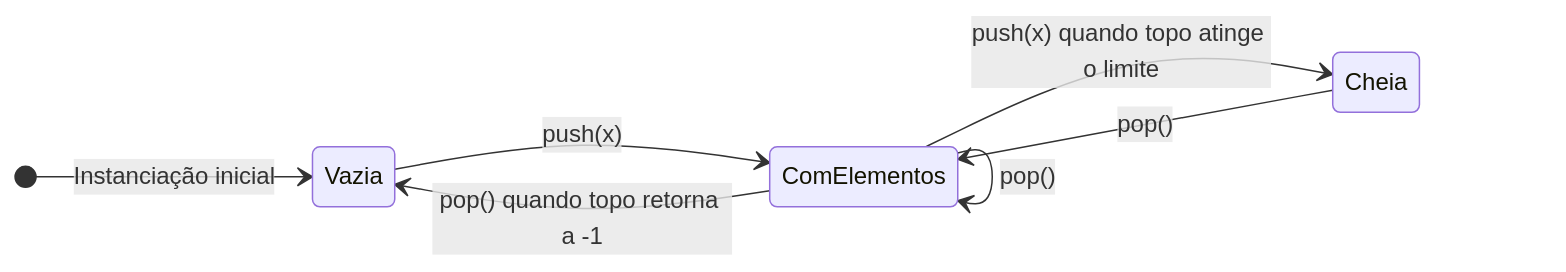
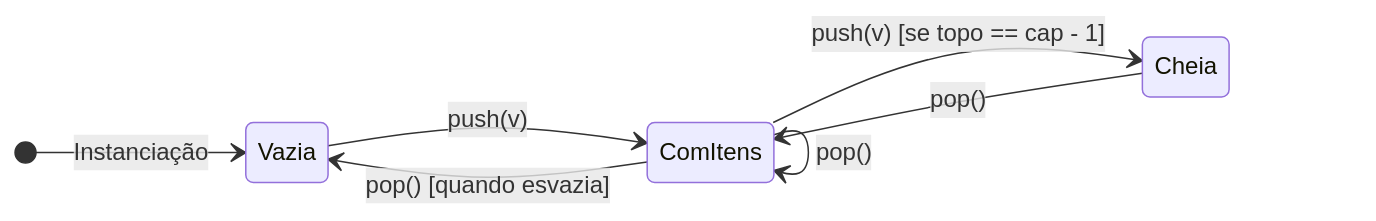
One commit to murilolol/unifef changed diagram 24 of 33 in 4º Semestre/[Prof. Wesley Soares] Estrutura de Dados I/Resumos-IA/Caderno-Consolidado.md. Above: the diagram before and after it, drawn with Mermaid. The commit also changed other lines of this file and 18 other files, not shown here.

````diff
--- a/4º Semestre/[Prof. Wesley Soares] Estrutura de Dados I/Resumos-IA/Caderno-Consolidado.md
+++ b/4º Semestre/[Prof. Wesley Soares] Estrutura de Dados I/Resumos-IA/Caderno-Consolidado.md
@@ -988,11 +1074,11 @@
 ```mermaid
 stateDiagram-v2
     direction LR
-    [*] --> Vazia: Instanciação inicial
-    Vazia --> ComElementos: push(x)
-    ComElementos --> ComElementos: push(x)
-    ComElementos --> Cheia: push(x) quando topo atinge o limite
-    Cheia --> ComElementos: pop()
-    ComElementos --> ComElementos: pop()
-    ComElementos --> Vazia: pop() quando topo retorna a -1
+    [*] --> Vazia: Instanciação
+    Vazia --> ComItens: push(v)
+    ComItens --> ComItens: push(v)
+    ComItens --> Cheia: push(v) [se topo == cap - 1]
+    Cheia --> ComItens: pop()
+    ComItens --> ComItens: pop()
+    ComItens --> Vazia: pop() [quando esvazia]
 ```
````
